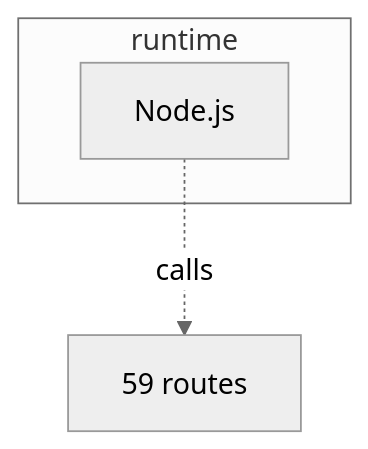
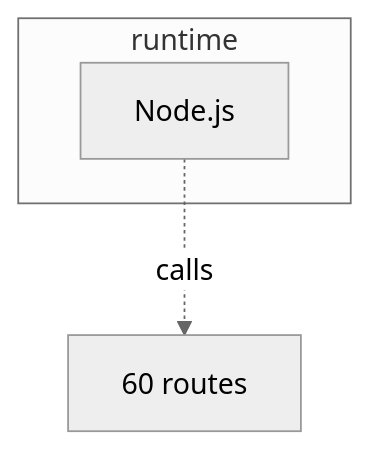
One commit to sixfactors/codeloop changed the diagram in .codeloop/wiki/reference/containers.md. Above: the diagram before and after it, drawn with Mermaid (neutral theme). The commit also changed 52 other files, not shown here.

````diff
--- a/.codeloop/wiki/reference/containers.md
+++ b/.codeloop/wiki/reference/containers.md
@@ -9,8 +9,8 @@
 ```mermaid
 flowchart TB
   subgraph L0["runtime"]
     N0["Node.js"]
   end
-  API["59 routes"]
+  API["60 routes"]
   N0 -. calls .-> API
 ```
````
